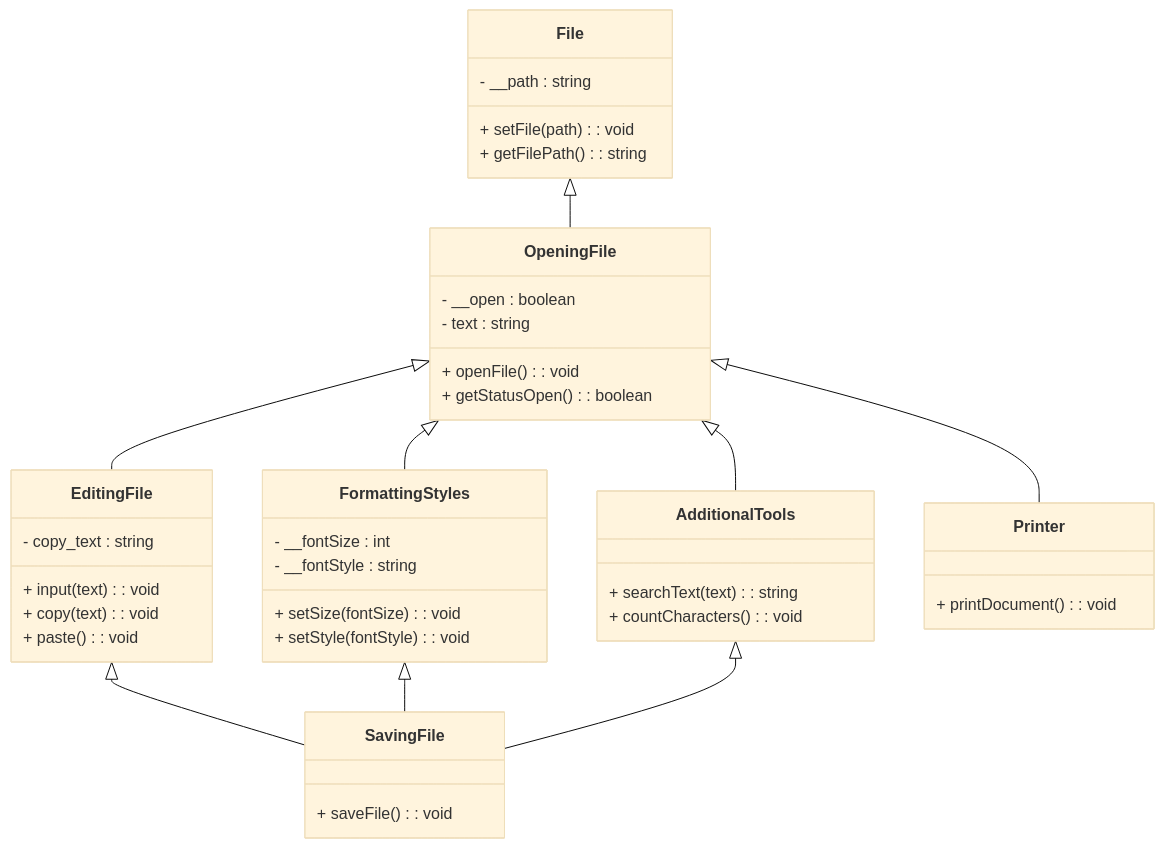
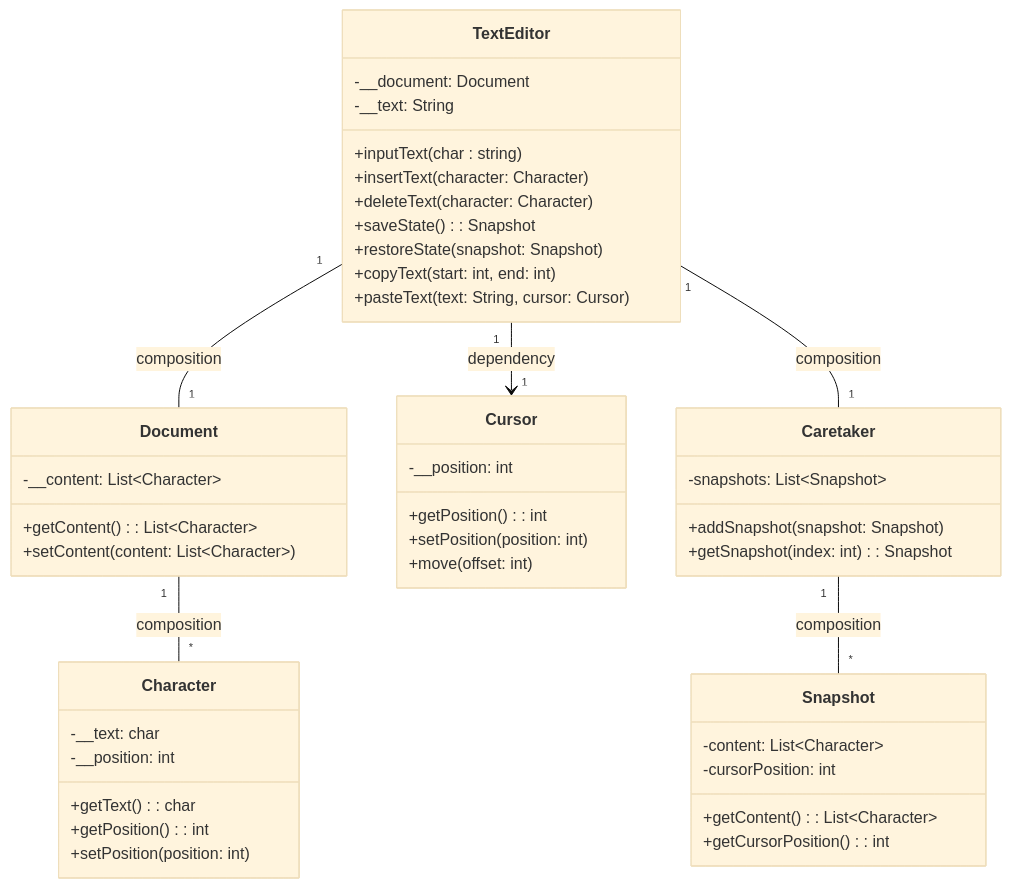
One commit to penamarth/bsbo-16-23_team5_var11_textedit changed the diagram in Документация/Модель предметной области.md. Above: the diagram before and after it, drawn with Mermaid (base theme). The commit also changed other lines of this file and 12 other files, not shown here.

Commit message:
Обновлена диаграмма прецедентов,  классов и последовательностей

````diff
--- a/Документация/Модель предметной области.md
+++ b/Документация/Модель предметной области.md
@@ -3,50 +3,54 @@
 ```mermaid
 classDiagram
-  class File {
-    - __path : string
-    + setFile(path) : void
-    + getFilePath() : string
+  class TextEditor {
+    -__document: Document
+    -__text: String
+    +inputText(char : string)
+    +insertText(character: Character)
+    +deleteText(character: Character)
+    +saveState(): Snapshot
+    +restoreState(snapshot: Snapshot)
+    +copyText(start: int, end: int)
+    +pasteText(text: String, cursor: Cursor)
   }
 
-  class OpeningFile {
-    - __open : boolean
-    - text : string
-    + openFile() : void
-    + getStatusOpen() : boolean
+  class Document {
+    -__content: List~Character~
+    +getContent(): List~Character~
+    +setContent(content: List~Character~)
   }
-  File <|-- OpeningFile
 
-  class EditingFile {
-    - copy_text : string
-    + input(text) : void
-    + copy(text) : void
-    + paste() : void
+  class Character {
+    -__text: char
+    -__position: int
+    +getText(): char
+    +getPosition(): int
+    +setPosition(position: int)
   }
-  OpeningFile <|-- EditingFile
 
-  class FormattingStyles {
-    - __fontSize : int
-    - __fontStyle : string
-    + setSize(fontSize) : void
-    + setStyle(fontStyle) : void
+  class Cursor {
+    -__position: int
+    +getPosition(): int
+    +setPosition(position: int)
+    +move(offset: int)
   }
-  OpeningFile <|-- FormattingStyles
 
-  class AdditionalTools {
-    + searchText(text) : string
-    + countCharacters() : void
+  class Snapshot {
+    -content: List~Character~
+    -cursorPosition: int
+    +getContent(): List~Character~
+    +getCursorPosition(): int
   }
-  OpeningFile <|-- AdditionalTools
 
-  class Printer {
-    + printDocument() : void
+  class Caretaker {
+    -snapshots: List~Snapshot~
+    +addSnapshot(snapshot: Snapshot)
+    +getSnapshot(index: int): Snapshot
   }
-  OpeningFile <|-- Printer
 
-  class SavingFile {
-    + saveFile() : void
-  }
-  EditingFile <|-- SavingFile
-  FormattingStyles <|-- SavingFile
-  AdditionalTools <|-- SavingFile
+  TextEditor "1" -- "1" Document : composition
+  Document "1" -- "*" Character : composition
+  TextEditor "1" --> "1" Cursor : dependency
+  TextEditor "1" -- "1" Caretaker : composition
+  Caretaker "1" -- "*" Snapshot : composition
 ```
````
